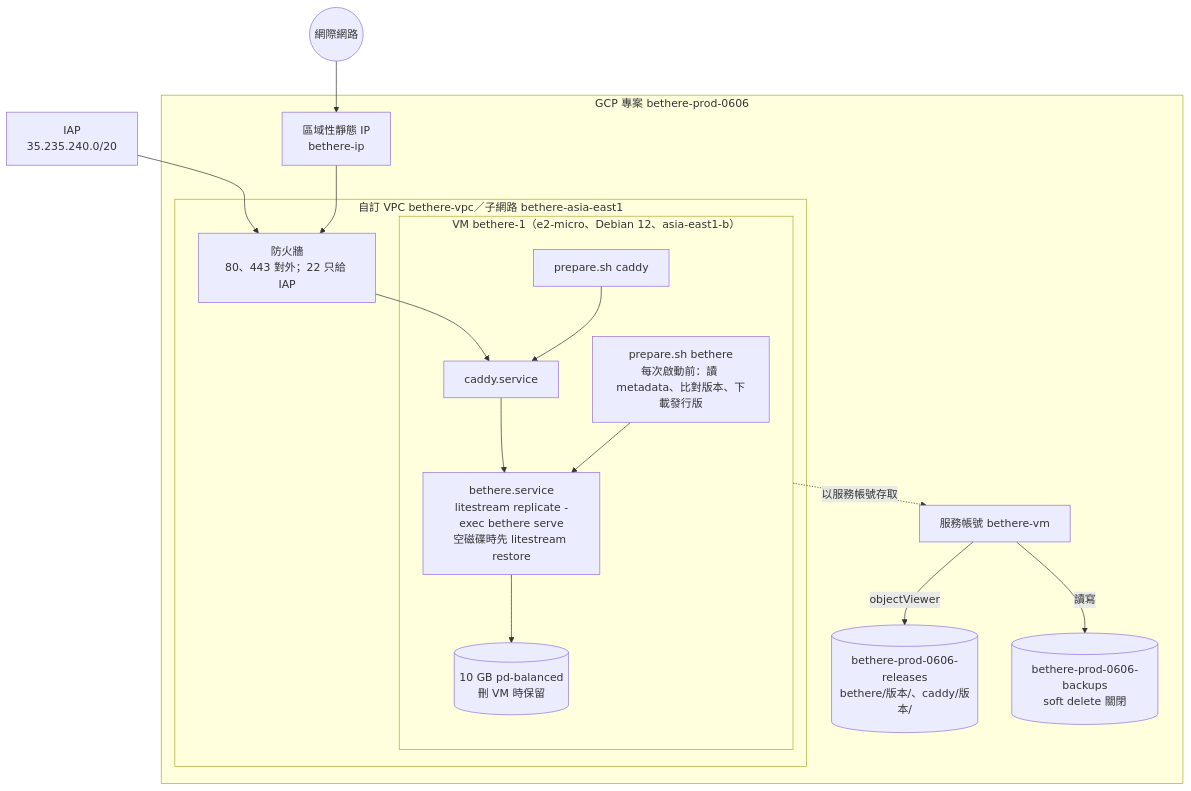
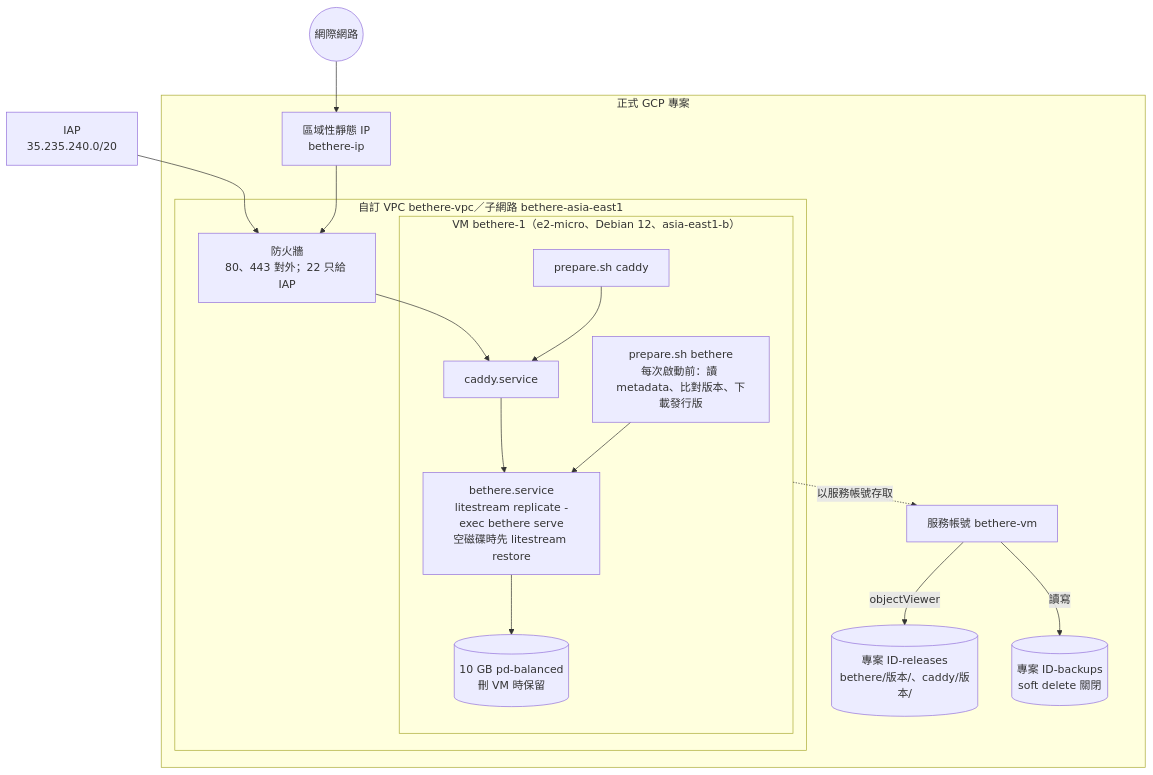
The third of 3 diagrams in docs/architecture/overview.md (BensonPigo/bethere), drawn with Mermaid before and after one commit. The commit also changed other lines of this file and 89 other files, not shown here.

````diff
--- a/docs/architecture/overview.md
+++ b/docs/architecture/overview.md
@@ -101,31 +101,31 @@
 ```mermaid
 flowchart TB
     internet(("網際網路"))
     iap["IAP<br/>35.235.240.0/20"]
 
-    subgraph project["GCP 專案 bethere-prod-0606"]
+    subgraph project["正式 GCP 專案"]
         ip["區域性靜態 IP<br/>bethere-ip"]
         subgraph vpc["自訂 VPC bethere-vpc／子網路 bethere-asia-east1"]
             fw["防火牆<br/>80、443 對外；22 只給 IAP"]
             subgraph vm["VM bethere-1（e2-micro、Debian 12、asia-east1-b）"]
                 prep["prepare.sh bethere<br/>每次啟動前：讀 metadata、比對版本、下載發行版"]
                 caddyP["prepare.sh caddy"]
                 caddyU["caddy.service"]
                 betU["bethere.service<br/>litestream replicate -exec bethere serve<br/>空磁碟時先 litestream restore"]
                 disk[("10 GB pd-balanced<br/>刪 VM 時保留")]
                 prep --> betU
                 caddyP --> caddyU
                 betU --> disk
             end
         end
         sa["服務帳號 bethere-vm"]
-        rel[("bethere-prod-0606-releases<br/>bethere/版本/、caddy/版本/")]
-        bak[("bethere-prod-0606-backups<br/>soft delete 關閉")]
+        rel[("專案 ID-releases<br/>bethere/版本/、caddy/版本/")]
+        bak[("專案 ID-backups<br/>soft delete 關閉")]
     end
 
     internet --> ip --> fw --> caddyU --> betU
     iap --> fw
     vm -. "以服務帳號存取" .-> sa
     sa -- "objectViewer" --> rel
     sa -- "讀寫" --> bak
 ```
````
